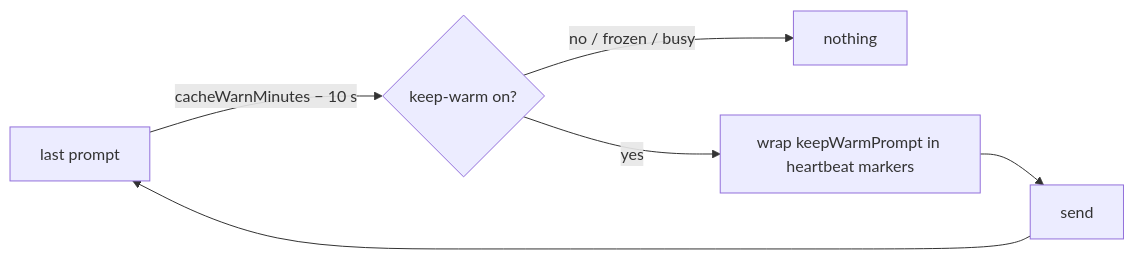
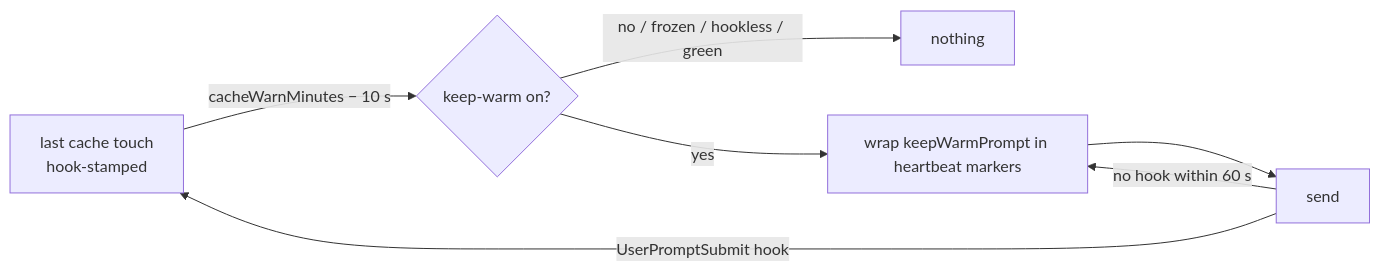
The third of 3 diagrams in docs/session-freeze.md (PetePeter/helm), drawn with Mermaid before and after one commit. The commit also changed other lines of this file and 45 other files, not shown here.

First line of the commit message:
feat: hook-driven activity dot + keep-warm rework; session_create expectsResponse; fix MCP close row

````diff
--- a/docs/session-freeze.md
+++ b/docs/session-freeze.md
@@ -110,6 +125,8 @@
 ```mermaid
 graph LR
-    P[last prompt] -->|cacheWarnMinutes − 10 s| K{keep-warm on?}
-    K -->|no / frozen / busy| X[nothing]
-    K -->|yes| W[wrap keepWarmPrompt in heartbeat markers] --> S[send] --> P
+    P[last cache touch<br/>hook-stamped] -->|cacheWarnMinutes − 10 s| K{keep-warm on?}
+    K -->|no / frozen / hookless / green| X[nothing]
+    K -->|yes| W[wrap keepWarmPrompt in heartbeat markers] --> S[send]
+    S -->|UserPromptSubmit hook| P
+    S -->|no hook within 60 s| W
 ```
````
